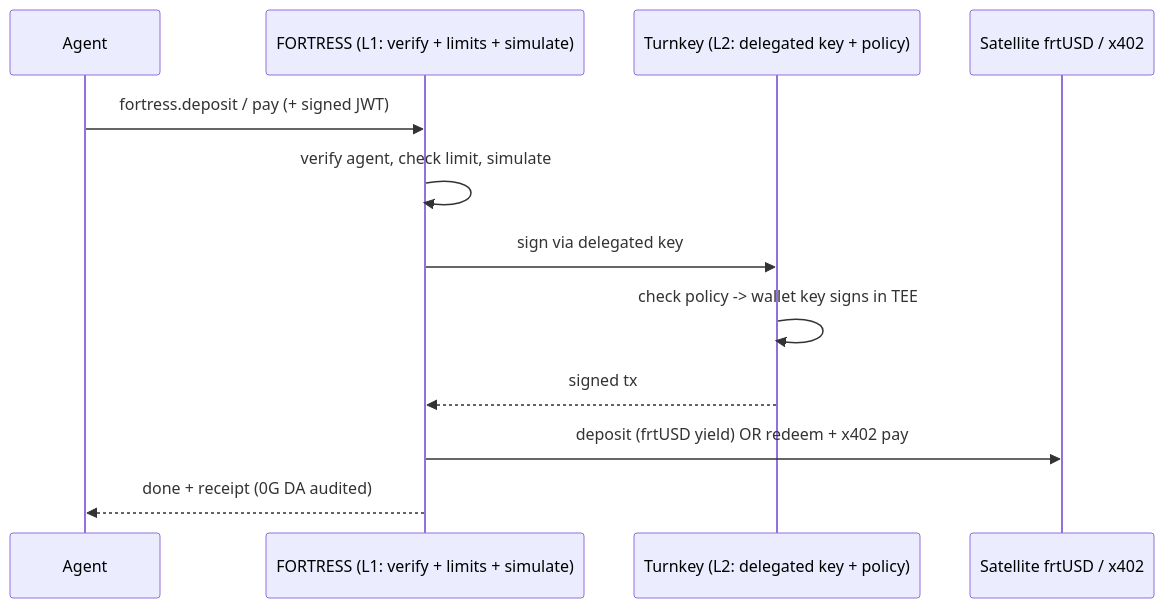
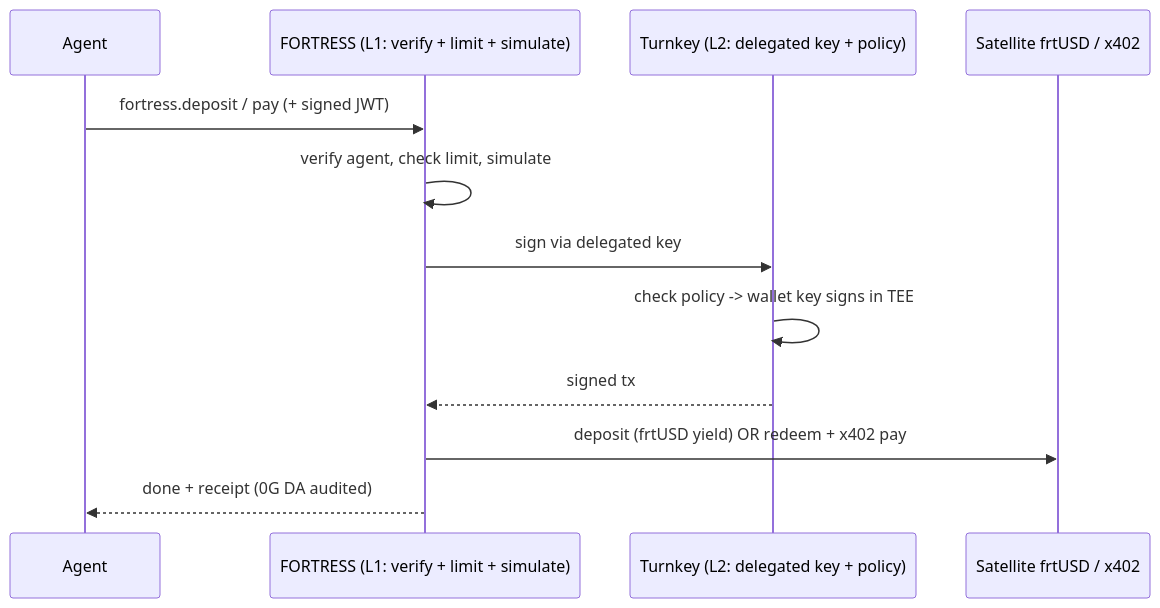
The eighth of 8 diagrams in README.md (itsme-boii/archetectures), drawn with Mermaid before and after one commit. The commit also changed other lines of this file, not shown here.

Commit message:
Update README: add account model + 5 creation flows + per-platform connect/deposit/pay flows

````diff
--- a/README.md
+++ b/README.md
@@ -90,14 +159,14 @@
 ```mermaid
 sequenceDiagram
     participant AG as Agent
-    participant F as FORTRESS (L1: verify + limits + simulate)
+    participant F as FORTRESS (L1: verify + limit + simulate)
     participant TK as Turnkey (L2: delegated key + policy)
     participant CH as Satellite frtUSD / x402
     AG->>F: fortress.deposit / pay  (+ signed JWT)
     F->>F: verify agent, check limit, simulate
     F->>TK: sign via delegated key
     TK->>TK: check policy -> wallet key signs in TEE
     TK-->>F: signed tx
     F->>CH: deposit (frtUSD yield) OR redeem + x402 pay
     F-->>AG: done + receipt (0G DA audited)
 ```
````
